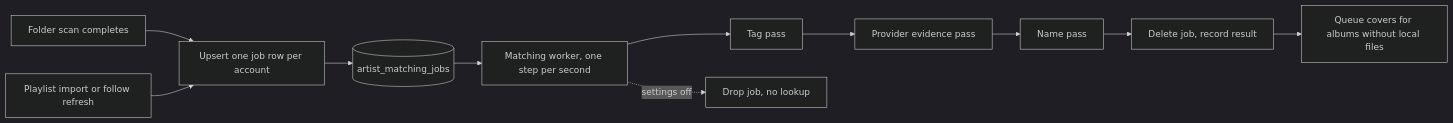
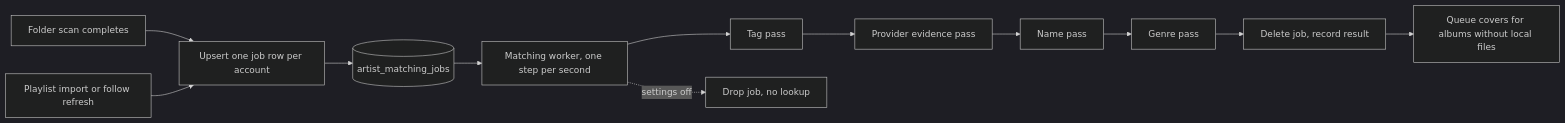
The fourth of 4 diagrams in docs/artist-matching.md (acidiney/hitoapp), drawn with Mermaid (dark theme) before and after one commit. The commit also changed other lines of this file and 2 other files, not shown here.

Commit message:
Document MusicBrainz genres for imported music

````diff
--- a/docs/artist-matching.md
+++ b/docs/artist-matching.md
@@ -139,13 +139,14 @@
 ```mermaid
 flowchart LR
     Scan[Folder scan completes] --> Request
     Import[Playlist import or follow refresh] --> Request
     Request[Upsert one job row per account] --> Jobs[(artist_matching_jobs)]
     Jobs --> Worker[Matching worker, one step per second]
     Worker --> Tags[Tag pass]
     Tags --> Evidence[Provider evidence pass]
     Evidence --> Names[Name pass]
-    Names --> Done[Delete job, record result]
+    Names --> Genres[Genre pass]
+    Genres --> Done[Delete job, record result]
     Worker -.->|settings off| Drop[Drop job, no lookup]
     Done --> Covers[Queue covers for albums without local files]
 ```
````
